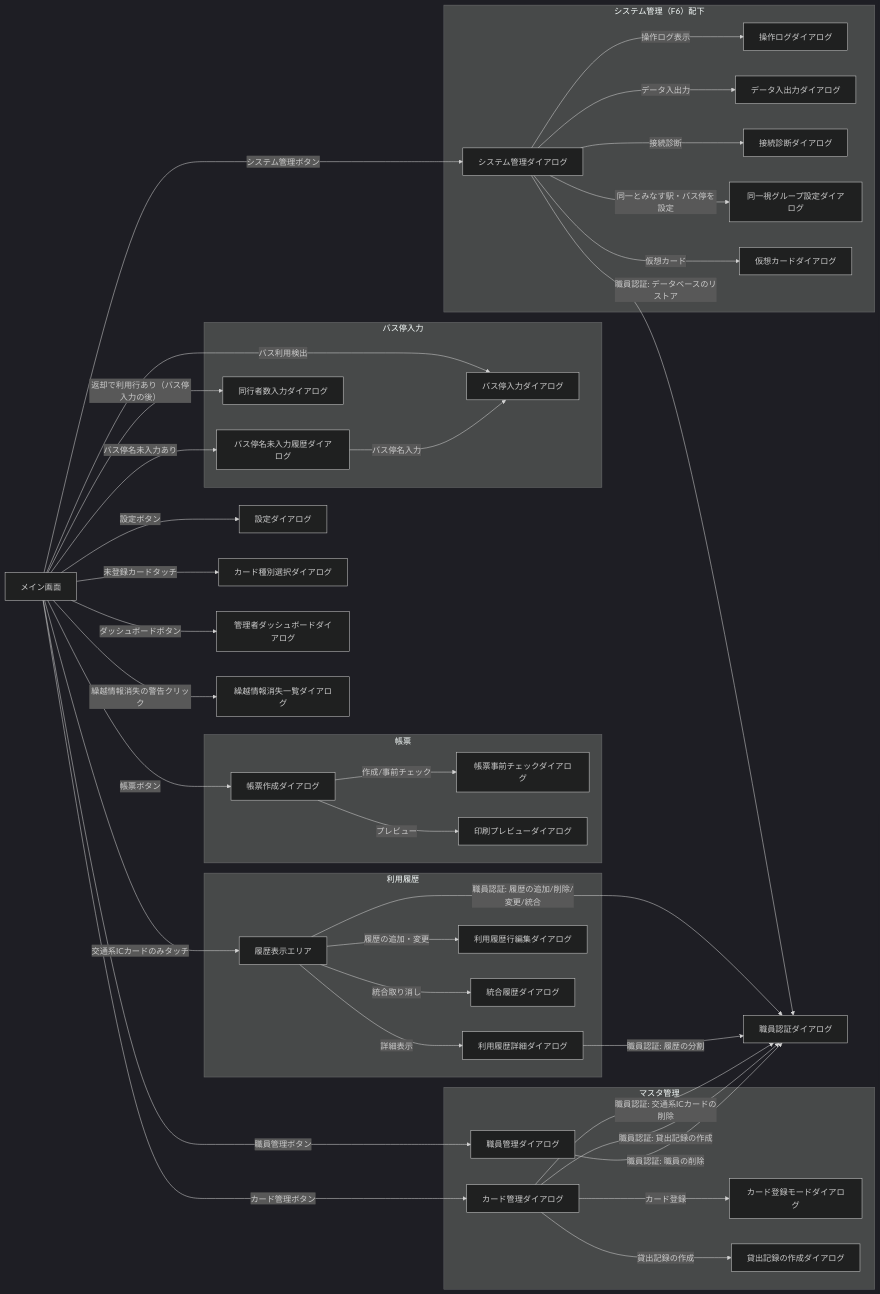
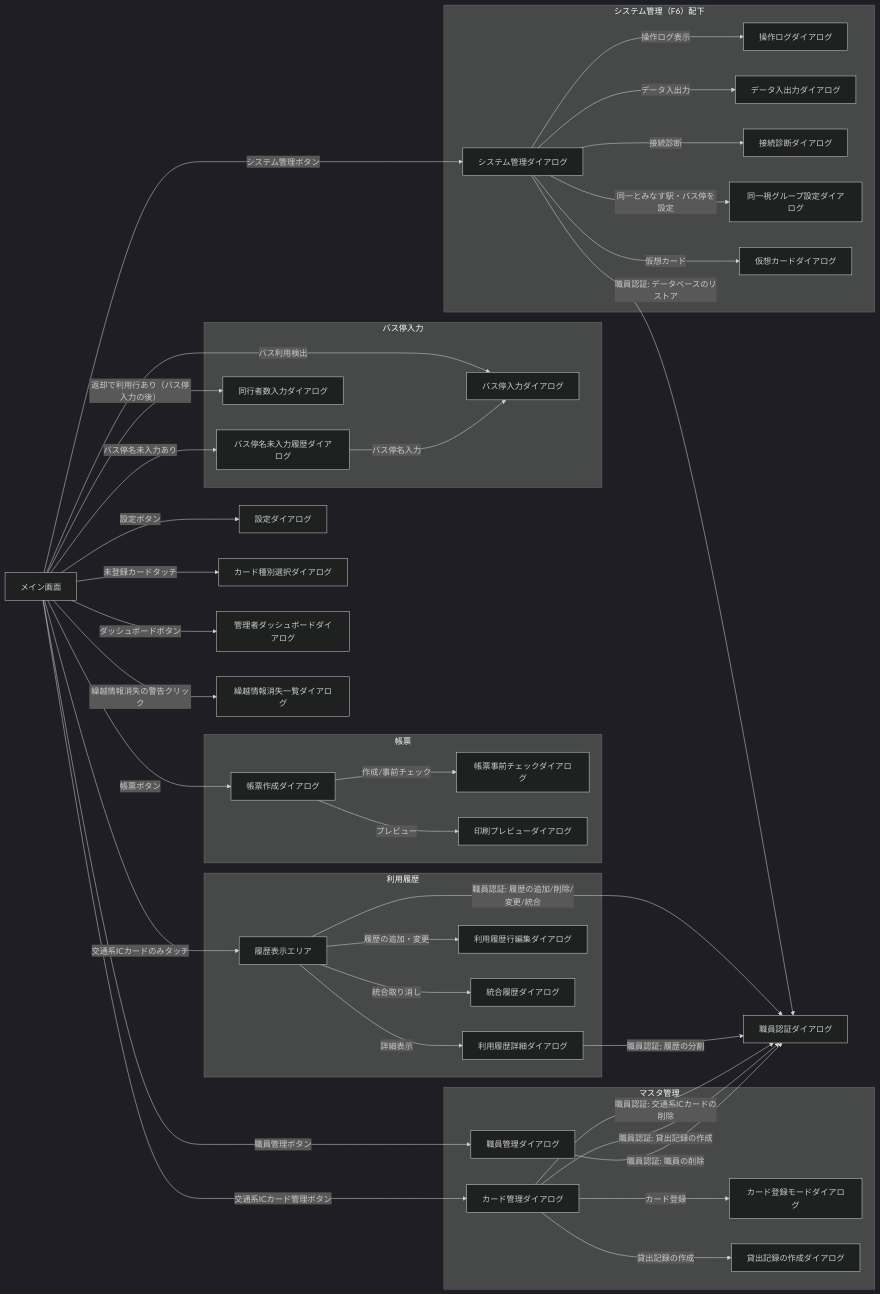
The first of 2 diagrams in ICCardManager/docs/design/03_画面設計書.md (kuwayamamasayuki/ICCardManager), drawn with Mermaid (dark theme) before and after one commit. The commit also changed other lines of this file and 5 other files, not shown here.

````diff
--- a/ICCardManager/docs/design/03_画面設計書.md
+++ b/ICCardManager/docs/design/03_画面設計書.md
@@ -18,79 +18,79 @@
 ```mermaid
 graph LR
     MAIN[メイン画面]
     SETTINGS[設定ダイアログ]
     CARDTYPE[カード種別選択ダイアログ]
     STAFFAUTH[職員認証ダイアログ]
     ADMINDASH[管理者ダッシュボードダイアログ]
 
     subgraph SG_MASTER[マスタ管理]
         STAFF[職員管理ダイアログ]
         CARD[カード管理ダイアログ]
         CARDREGMODE[カード登録モードダイアログ]
         SYSLEND[貸出記録の作成ダイアログ]
     end
 
     subgraph SG_HISTORY[利用履歴]
         HISTORY[履歴表示エリア]
         LEDGERDETAIL[利用履歴詳細ダイアログ]
         LEDGERROWEDIT[利用履歴行編集ダイアログ]
         MERGEHIST[統合履歴ダイアログ]
     end
 
     subgraph SG_REPORT[帳票]
         REPORT[帳票作成ダイアログ]
         PREFLIGHT[帳票事前チェックダイアログ]
         PREVIEW[印刷プレビューダイアログ]
     end
 
     subgraph SG_BUSSTOP[バス停入力]
         BUSSTOP[バス停入力ダイアログ]
         INCBUSSTOP[バス停名未入力履歴ダイアログ]
         COMPANION[同行者数入力ダイアログ]
     end
 
     CARRYLOSS[繰越情報消失一覧ダイアログ]
 
     subgraph SG_SYSTEM[システム管理（F6）配下]
         SYSMGMT[システム管理ダイアログ]
         OPLOG[操作ログダイアログ]
         DATAEXIMP[データ入出力ダイアログ]
         DIAG[接続診断ダイアログ]
         TSGROUP[同一視グループ設定ダイアログ]
         VIRTUALCARD[仮想カードダイアログ]
     end
 
     MAIN -->|職員管理ボタン| STAFF
-    MAIN -->|カード管理ボタン| CARD
+    MAIN -->|交通系ICカード管理ボタン| CARD
     MAIN -->|設定ボタン| SETTINGS
     MAIN -->|帳票ボタン| REPORT
     MAIN -->|システム管理ボタン| SYSMGMT
     MAIN -->|ダッシュボードボタン| ADMINDASH
     MAIN -->|交通系ICカードのみタッチ| HISTORY
     MAIN -->|バス利用検出| BUSSTOP
     MAIN -->|返却で利用行あり（バス停入力の後）| COMPANION
     MAIN -->|未登録カードタッチ| CARDTYPE
     MAIN -->|バス停名未入力あり| INCBUSSTOP
     MAIN -->|繰越情報消失の警告クリック| CARRYLOSS
 
     CARD -->|カード登録| CARDREGMODE
     CARD -->|貸出記録の作成| SYSLEND
     HISTORY -->|詳細表示| LEDGERDETAIL
     HISTORY -->|履歴の追加・変更| LEDGERROWEDIT
     HISTORY -->|統合取り消し| MERGEHIST
     REPORT -->|作成/事前チェック| PREFLIGHT
     REPORT -->|プレビュー| PREVIEW
     INCBUSSTOP -->|バス停名入力| BUSSTOP
     SYSMGMT -->|操作ログ表示| OPLOG
     SYSMGMT -->|データ入出力| DATAEXIMP
     SYSMGMT -->|接続診断| DIAG
     SYSMGMT -->|同一とみなす駅・バス停を設定| TSGROUP
     SYSMGMT -->|仮想カード| VIRTUALCARD
 
     CARD -->|職員認証: 交通系ICカードの削除| STAFFAUTH
     CARD -->|職員認証: 貸出記録の作成| STAFFAUTH
     STAFF -->|職員認証: 職員の削除| STAFFAUTH
     HISTORY -->|職員認証: 履歴の追加/削除/変更/統合| STAFFAUTH
     LEDGERDETAIL -->|職員認証: 履歴の分割| STAFFAUTH
     SYSMGMT -->|職員認証: データベースのリストア| STAFFAUTH
 ```
````
